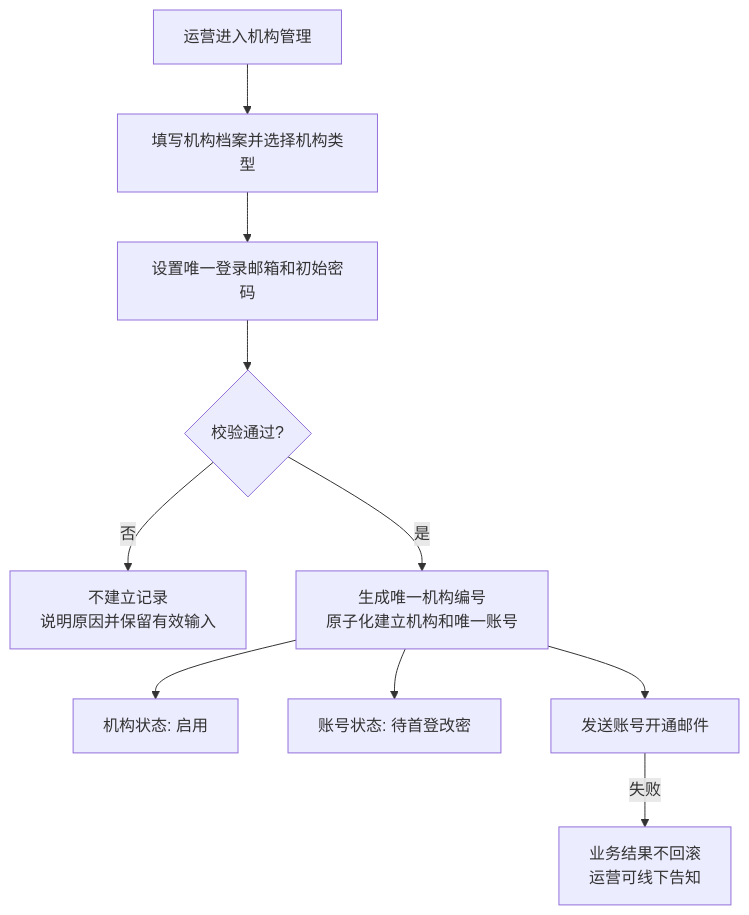
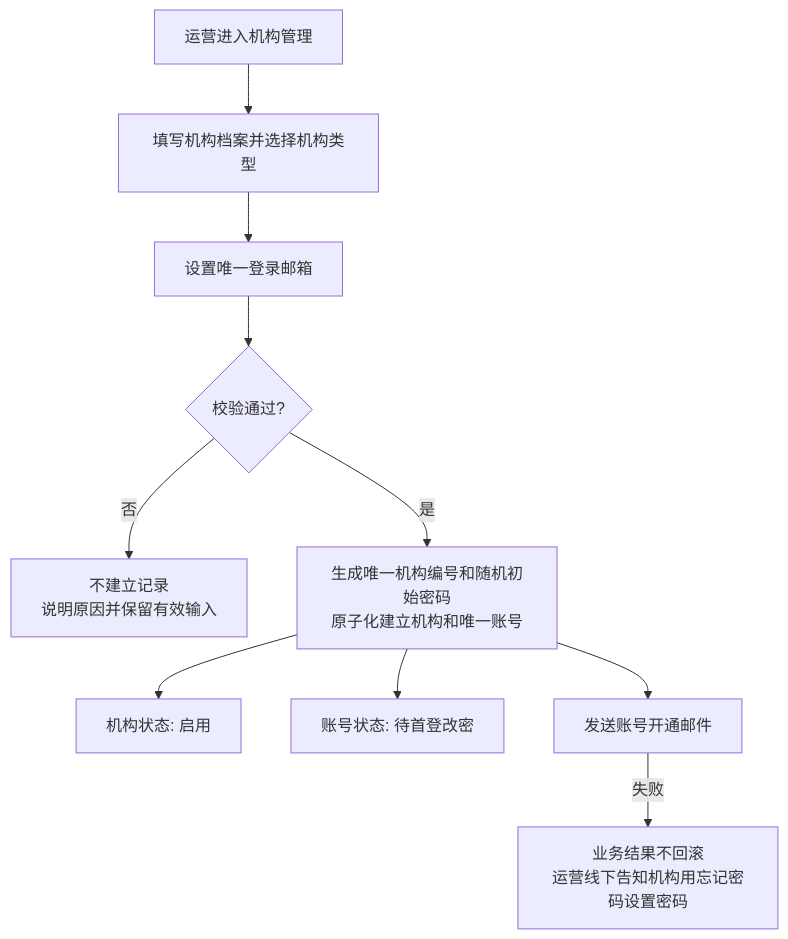
One commit to wxblockchain/Chain-Financing changed the first of 3 diagrams in token-issuance-platform/PRD/管理端/M5-机构管理/02-机构管理-流程图与状态机.md. Above: the diagram before and after it, drawn with Mermaid. The commit also changed 6 other files, not shown here.

````diff
--- a/token-issuance-platform/PRD/管理端/M5-机构管理/02-机构管理-流程图与状态机.md
+++ b/token-issuance-platform/PRD/管理端/M5-机构管理/02-机构管理-流程图与状态机.md
@@ -16,12 +16,12 @@
 ```mermaid
 flowchart TD
     A[运营进入机构管理] --> B[填写机构档案并选择机构类型]
-    B --> C[设置唯一登录邮箱和初始密码]
+    B --> C[设置唯一登录邮箱]
     C --> D{校验通过?}
     D -- 否 --> E[不建立记录<br/>说明原因并保留有效输入]
-    D -- 是 --> F[生成唯一机构编号<br/>原子化建立机构和唯一账号]
+    D -- 是 --> F[生成唯一机构编号和随机初始密码<br/>原子化建立机构和唯一账号]
     F --> G[机构状态: 启用]
     F --> H[账号状态: 待首登改密]
     F --> I[发送账号开通邮件]
-    I -->|失败| J[业务结果不回滚<br/>运营可线下告知]
+    I -->|失败| J[业务结果不回滚<br/>运营线下告知机构用忘记密码设置密码]
 ```
````
